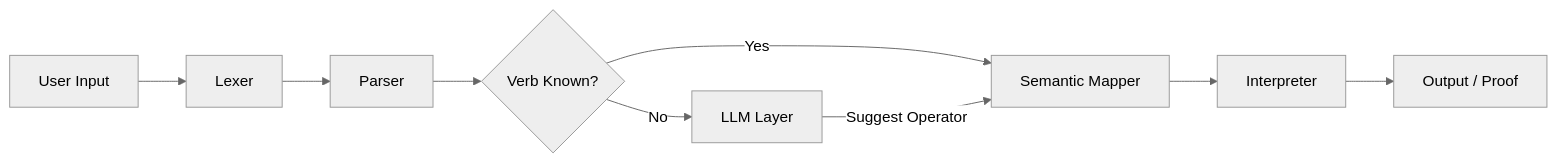
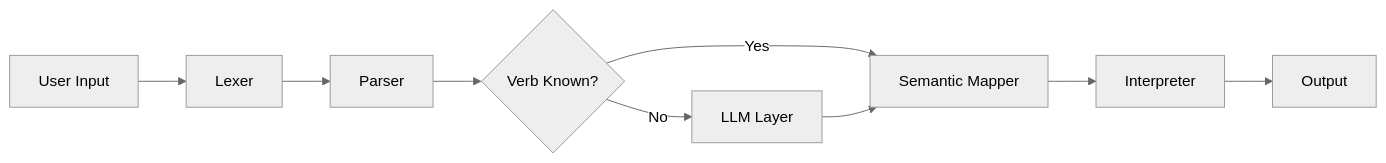
The diagram in README.md (nijam001/SpeakMath), drawn with Mermaid (neutral theme) before and after one commit. The commit also changed other lines of this file, not shown here.

````diff
--- a/README.md
+++ b/README.md
@@ -38,11 +48,11 @@
 ```mermaid
 graph LR
-A[User Input] --> B[Lexer]
-B --> C[Parser]
-C --> D{Verb Known?}
-D -- Yes --> E[Semantic Mapper]
-D -- No --> F[LLM Layer]
-F -- Suggest Operator --> E
-E --> G[Interpreter]
-G --> H[Output / Proof]
+    A[User Input] --> B[Lexer]
+    B --> C[Parser]
+    C --> D{Verb Known?}
+    D -- Yes --> E[Semantic Mapper]
+    D -- No --> F[LLM Layer]
+    F --> E
+    E --> G[Interpreter]
+    G --> H[Output]
 ```
````
